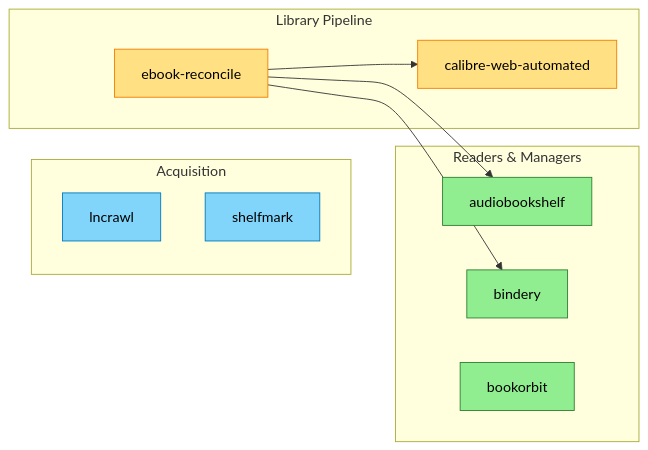
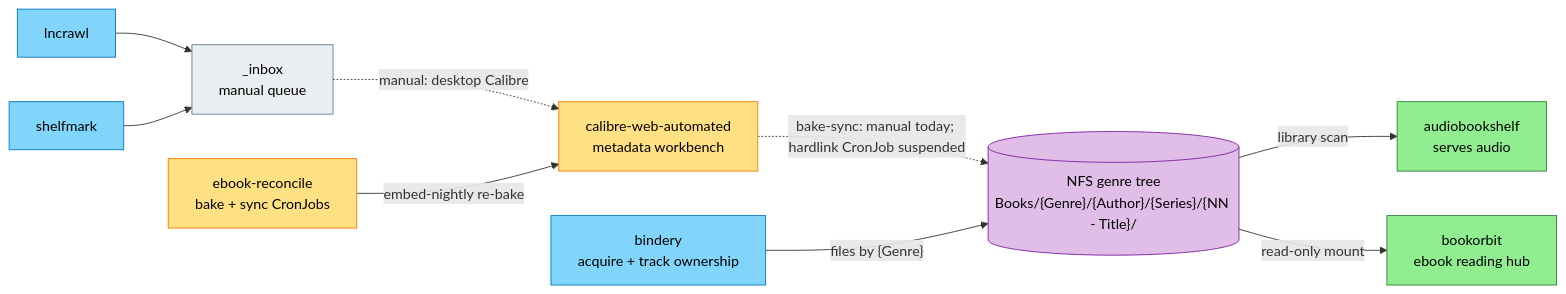
One commit to gavinmcfall/home-ops changed the first of 2 diagrams in docs/domains/reading/context.md. Above: the diagram before and after it, drawn with Mermaid. The commit also changed 6 other files, not shown here.

First line of the commit message:
fix(domains): renderer-proof diagrams + genre-tree data flow (#2570)

````diff
--- a/docs/domains/reading/context.md
+++ b/docs/domains/reading/context.md
@@ -35,35 +35,38 @@
 ```mermaid
 flowchart LR
-    subgraph Acquisition["Acquisition"]
-        lncrawl["lncrawl"]
-        shelfmark["shelfmark"]
-    end
+    lncrawl["lncrawl"]
+    shelfmark["shelfmark"]
+    inbox["_inbox<br>manual queue"]
+    calibre_web_automated["calibre-web-automated<br>metadata workbench"]
+    ebook_reconcile["ebook-reconcile<br>bake + sync CronJobs"]
+    bindery["bindery<br>acquire + track ownership"]
+    genre_tree[("NFS genre tree<br>Books/{Genre}/{Author}/{Series}/{NN - Title}/")]
+    audiobookshelf["audiobookshelf<br>serves audio"]
+    bookorbit["bookorbit<br>ebook reading hub"]
 
-    subgraph Pipeline["Library Pipeline"]
-        calibre_web_automated["calibre-web-automated"]
-        ebook_reconcile["ebook-reconcile"]
-    end
-
-    subgraph Readers["Readers & Managers"]
-        audiobookshelf["audiobookshelf"]
-        bindery["bindery"]
-        bookorbit["bookorbit"]
-    end
-
-    ebook_reconcile --> calibre_web_automated
-    ebook_reconcile --> audiobookshelf
-    ebook_reconcile --> bindery
+    lncrawl --> inbox
+    shelfmark --> inbox
+    inbox -.->|"manual: desktop Calibre"| calibre_web_automated
+    ebook_reconcile -->|"embed-nightly re-bake"| calibre_web_automated
+    calibre_web_automated -.->|"bake-sync: manual today; hardlink CronJob suspended"| genre_tree
+    bindery -->|"files by {Genre}"| genre_tree
+    genre_tree -->|"library scan"| audiobookshelf
+    genre_tree -->|"read-only mount"| bookorbit
 
     classDef acquisition fill:#81D4FA,stroke:#0277BD,color:#000
     classDef pipeline fill:#FFE082,stroke:#F57C00,color:#000
     classDef reader fill:#90EE90,stroke:#2E7D32,color:#000
+    classDef tree fill:#E1BEE7,stroke:#7B1FA2,color:#000
+    classDef queue fill:#ECEFF1,stroke:#607D8B,color:#000
 
-    class lncrawl,shelfmark acquisition
+    class lncrawl,shelfmark,bindery acquisition
     class calibre_web_automated,ebook_reconcile pipeline
-    class audiobookshelf,bindery,bookorbit reader
+    class audiobookshelf,bookorbit reader
+    class genre_tree tree
+    class inbox queue
 
-    %% MEANING: Reading domain books/audio flow -- ebook-reconcile reads calibre-web-automated's Calibre library and writes reconciled files into the shared genre-tree path that both audiobookshelf and bindery treat as their library root
-    %% COLOR: Blue = acquisition, Orange = library pipeline, Green = readers/managers
-    %% GOTCHA: shelfmark and lncrawl write completed downloads to /media/Library/Books/_inbox, a manually-processed inbox with no manifest-declared consumer in this domain (Gavin processes it via a local desktop Calibre workflow), so no edge is drawn from either. bookorbit has no manifest-declared edge to any other in-domain app -- its library mount is read-only pending the CWA-vs-BookOrbit metadata decision (see decisions.md).
-    %% NAVIGATION: Left-to-right -- ebook-reconcile is the hub, pulling from the library pipeline and feeding both reader apps
+    %% MEANING: The NFS genre tree, not any app database, is the integration contract for books/audio (per the nerdz-reading repo's docs/README.md orientation): bindery acquires and files by {Genre}; calibre-web-automated is the metadata source of truth (a workbench scoped to .calibre/ingest + .calibre/library -- it cannot see the genre tree at all); audiobookshelf serves audio by scanning the tree; bookorbit is the ebook reading hub on a read-only mount
+    %% COLOR: Blue = acquisition, Orange = Calibre metadata pipeline, Green = readers, Purple cylinder = the genre tree (shared NFS export, not an app), Gray = manual inbox
+    %% GOTCHA: dashed edges are real-but-not-manifest-declared steps -- _inbox -> CWA is Gavin's desktop-Calibre workflow, and CWA -> tree is the manual bake-sync copy that the ebook-reconcile hardlink CronJob (ships suspend: true, */15 schedule once enabled) will replace after a controlled first run. Library placement must hardlink or copy, never move: qBittorrent (downloads domain) holds seeding copies open (see the Seed-Safety capsule below).
+    %% NAVIGATION: Left-to-right -- acquisition feeds the manual inbox, the Calibre workbench bakes metadata, everything converges on the genre tree, and the two readers consume it. No subgraph boxes, so no edge can cross a group title.
 ```
````
